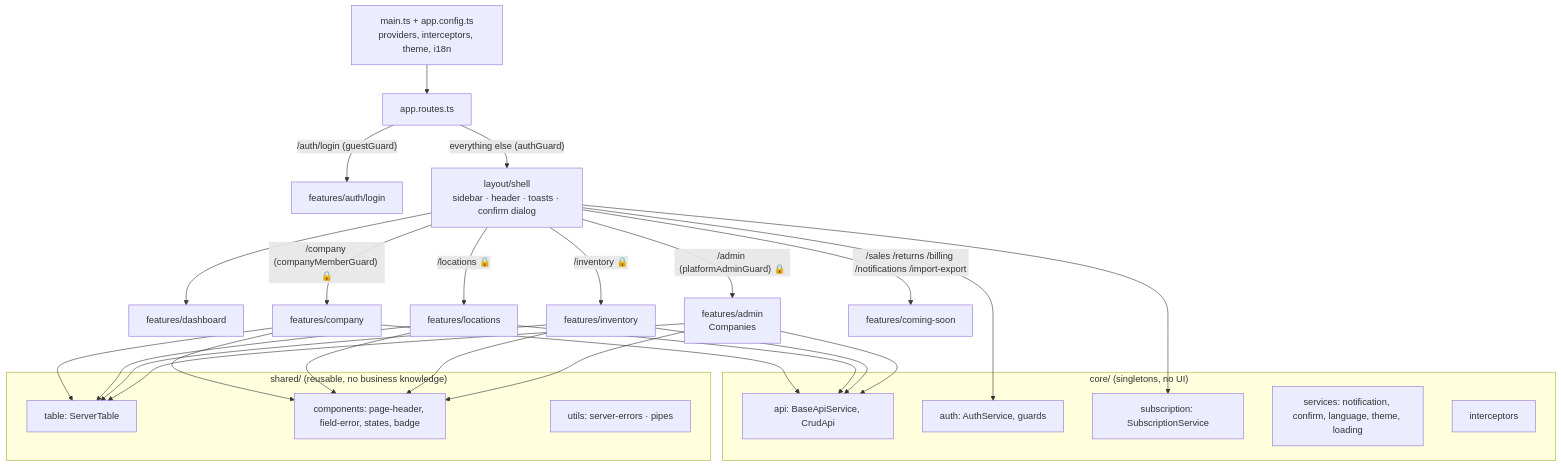
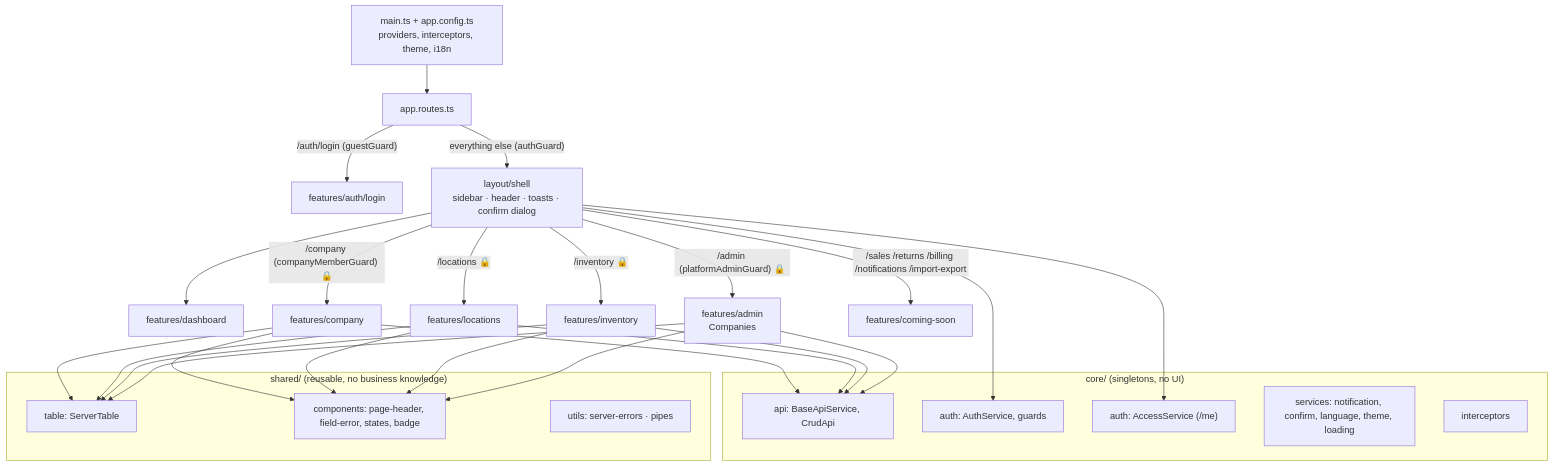
The first of 4 diagrams in docs/CODE_MAP.md (mohamed-elhelely/tanzim-frontend), drawn with Mermaid before and after one commit. The commit also changed other lines of this file and 3 other files, not shown here.

````diff
--- a/docs/CODE_MAP.md
+++ b/docs/CODE_MAP.md
@@ -21,31 +21,31 @@
 ```mermaid
 flowchart TD
     main["main.ts + app.config.ts<br/>providers, interceptors, theme, i18n"] --> routes["app.routes.ts"]
     routes -->|"/auth/login (guestGuard)"| login["features/auth/login"]
     routes -->|"everything else (authGuard)"| shell["layout/shell<br/>sidebar · header · toasts · confirm dialog"]
     shell --> dash["features/dashboard"]
     shell -->|"/admin (platformAdminGuard) 🔒"| admin["features/admin<br/>Companies"]
     shell -->|"/company (companyMemberGuard) 🔒"| company["features/company"]
     shell -->|"/locations 🔒"| locations["features/locations"]
     shell -->|"/inventory 🔒"| inventory["features/inventory"]
     shell -->|"/sales /returns /billing /notifications /import-export"| soon["features/coming-soon"]
 
     subgraph core["core/ (singletons, no UI)"]
         api["api: BaseApiService, CrudApi"]
         auth["auth: AuthService, guards"]
-        sub["subscription: SubscriptionService"]
+        sub["auth: AccessService (/me)"]
         svc["services: notification, confirm, language, theme, loading"]
         int["interceptors"]
     end
     subgraph shared["shared/ (reusable, no business knowledge)"]
         table["table: ServerTable"]
         comps["components: page-header, field-error, states, badge"]
         utils["utils: server-errors · pipes"]
     end
 
     company & locations & inventory & admin --> api
     company & locations & inventory & admin --> table
     company & locations & inventory & admin --> comps
     shell --> sub
     shell --> auth
 ```
````
